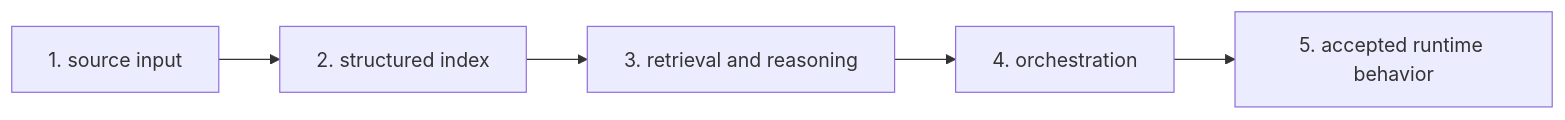
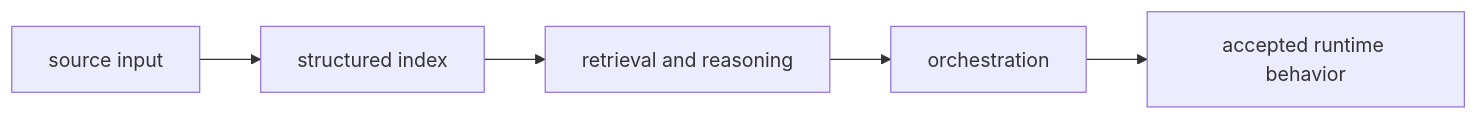
The second of 2 diagrams in docs/04-projects/bijux-canon/index.md (bijux/bijux.github.io), drawn with Mermaid before and after one commit. The commit also changed 1 other file, not shown here.

Commit message:
docs(site): remove nav ordinals and fix canon diagram labels

````diff
--- a/docs/04-projects/bijux-canon/index.md
+++ b/docs/04-projects/bijux-canon/index.md
@@ -102,7 +102,7 @@
 ```mermaid
 graph LR
-    input["1. source input"] --> structure["2. structured index"]
-    structure --> reasoning["3. retrieval and reasoning"]
-    reasoning --> orchestration["4. orchestration"]
-    orchestration --> runtime["5. accepted runtime behavior"]
+    input["source input"] --> structure["structured index"]
+    structure --> reasoning["retrieval and reasoning"]
+    reasoning --> orchestration["orchestration"]
+    orchestration --> runtime["accepted runtime behavior"]
 ```
````
